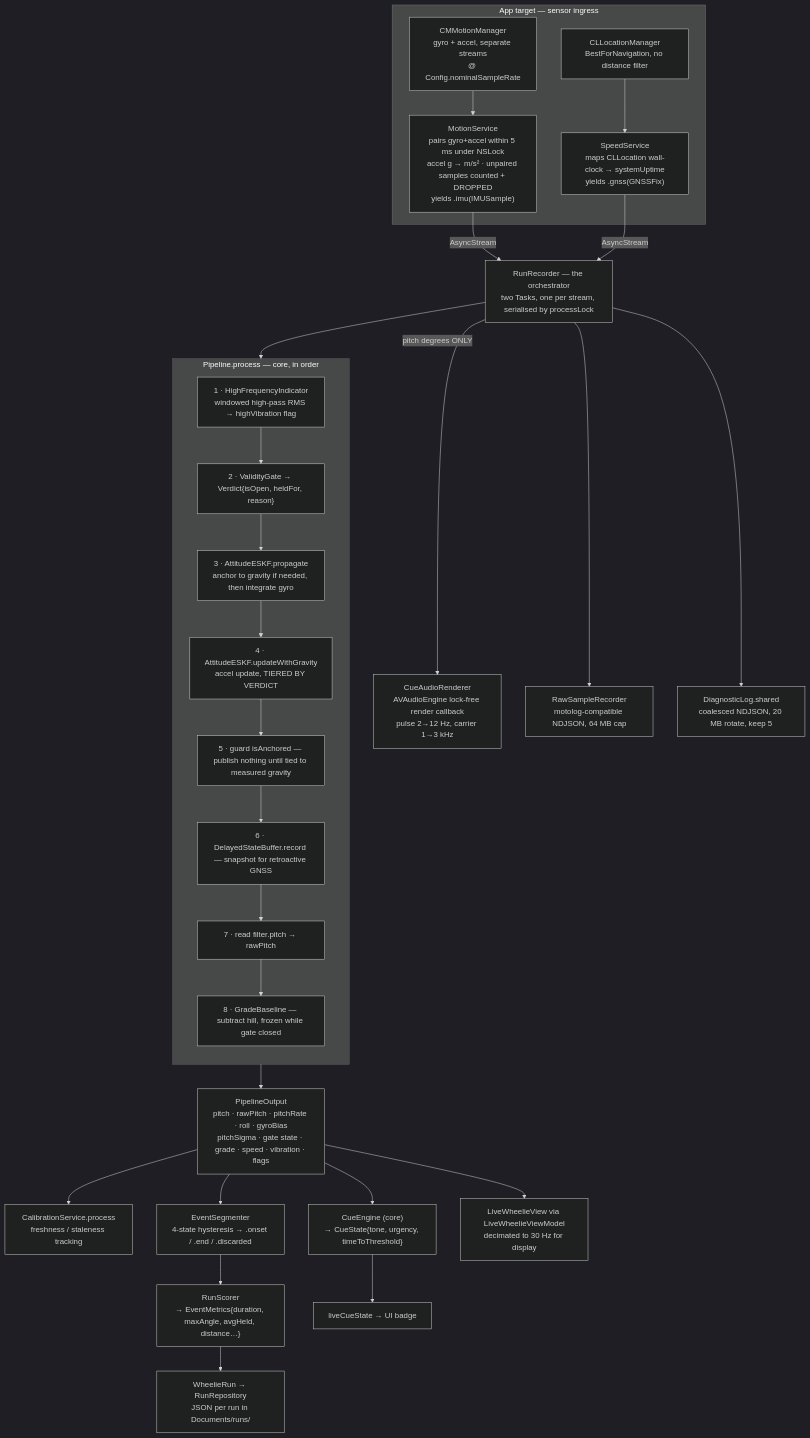
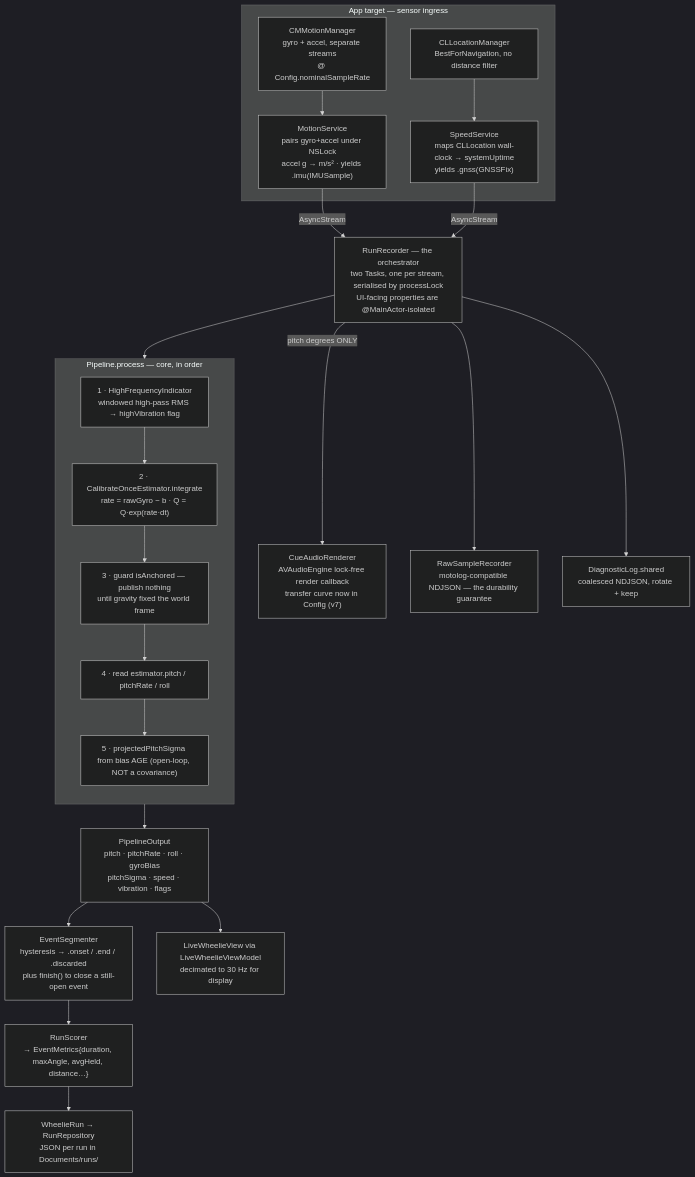
Before and after one commit to Adeesh-devanand/motorcycle-wheelie-app: the second of 3 diagrams in docs/architecture.md, drawn with Mermaid (dark theme). The commit also changed other lines of this file and 36 other files, not shown here.

First line of the commit message:
fix: holistic audit of the beta branch — two critical bugs the green suite could not see

````diff
--- a/docs/architecture.md
+++ b/docs/architecture.md
@@ -46,43 +80,37 @@
 ```mermaid
 flowchart TD
     subgraph INGRESS["App target — sensor ingress"]
         CM["CMMotionManager<br/>gyro + accel, separate streams<br/>@ Config.nominalSampleRate"]
         GPS["CLLocationManager<br/>BestForNavigation, no distance filter"]
-        CM --> MS["MotionService<br/>pairs gyro+accel within 5 ms under NSLock<br/>accel g → m/s² · unpaired samples counted + DROPPED<br/>yields .imu(IMUSample)"]
+        CM --> MS["MotionService<br/>pairs gyro+accel under NSLock<br/>accel g → m/s² · yields .imu(IMUSample)"]
         GPS --> SS["SpeedService<br/>maps CLLocation wall-clock → systemUptime<br/>yields .gnss(GNSSFix)"]
     end
 
     MS -->|AsyncStream| RR
     SS -->|AsyncStream| RR
-    RR["RunRecorder — the orchestrator<br/>two Tasks, one per stream, serialised by processLock"]
+    RR["RunRecorder — the orchestrator<br/>two Tasks, one per stream, serialised by processLock<br/>UI-facing properties are @MainActor-isolated"]
 
     RR --> P
 
     subgraph P["Pipeline.process — core, in order"]
         direction TB
         S1["1 · HighFrequencyIndicator<br/>windowed high-pass RMS → highVibration flag"]
-        S2["2 · ValidityGate → Verdict{isOpen, heldFor, reason}"]
-        S3["3 · AttitudeESKF.propagate<br/>anchor to gravity if needed, then integrate gyro"]
-        S4["4 · AttitudeESKF.updateWithGravity<br/>accel update, TIERED BY VERDICT"]
-        S5["5 · guard isAnchored — publish nothing until tied to measured gravity"]
-        S6["6 · DelayedStateBuffer.record — snapshot for retroactive GNSS"]
-        S7["7 · read filter.pitch → rawPitch"]
-        S8["8 · GradeBaseline — subtract hill, frozen while gate closed"]
-        S1 --> S2 --> S3 --> S4 --> S5 --> S6 --> S7 --> S8
+        S2["2 · CalibrateOnceEstimator.integrate<br/>rate = rawGyro − b · Q = Q·exp(rate·dt)"]
+        S3["3 · guard isAnchored — publish nothing<br/>until gravity fixed the world frame"]
+        S4["4 · read estimator.pitch / pitchRate / roll"]
+        S5["5 · projectedPitchSigma from bias AGE (open-loop, NOT a covariance)"]
+        S1 --> S2 --> S3 --> S4 --> S5
     end
 
-    P --> OUT["PipelineOutput<br/>pitch · rawPitch · pitchRate · roll · gyroBias<br/>pitchSigma · gate state · grade · speed · vibration · flags"]
+    P --> OUT["PipelineOutput<br/>pitch · pitchRate · roll · gyroBias<br/>pitchSigma · speed · vibration · flags"]
 
-    OUT --> CS["CalibrationService.process<br/>freshness / staleness tracking"]
-    OUT --> CE["CueEngine (core)<br/>→ CueState{tone, urgency, timeToThreshold}"]
-    OUT --> SEG["EventSegmenter<br/>4-state hysteresis → .onset / .end / .discarded"]
+    OUT --> SEG["EventSegmenter<br/>hysteresis → .onset / .end / .discarded<br/>plus finish() to close a still-open event"]
     SEG --> SC["RunScorer<br/>→ EventMetrics{duration, maxAngle, avgHeld, distance…}"]
 
-    CE --> UICUE["liveCueState → UI badge"]
     OUT --> UI["LiveWheelieView via LiveWheelieViewModel<br/>decimated to 30 Hz for display"]
-    RR -->|"pitch degrees ONLY"| AUD["CueAudioRenderer<br/>AVAudioEngine lock-free render callback<br/>pulse 2→12 Hz, carrier 1→3 kHz"]
+    RR -->|"pitch degrees ONLY"| AUD["CueAudioRenderer<br/>AVAudioEngine lock-free render callback<br/>transfer curve now in Config (v7)"]
     SC --> RUN["WheelieRun → RunRepository<br/>JSON per run in Documents/runs/"]
 
-    RR --> RAW["RawSampleRecorder<br/>motolog-compatible NDJSON, 64 MB cap"]
-    RR --> DIAG["DiagnosticLog.shared<br/>coalesced NDJSON, 20 MB rotate, keep 5"]
+    RR --> RAW["RawSampleRecorder<br/>motolog-compatible NDJSON — the durability guarantee"]
+    RR --> DIAG["DiagnosticLog.shared<br/>coalesced NDJSON, rotate + keep"]
 ```
````
